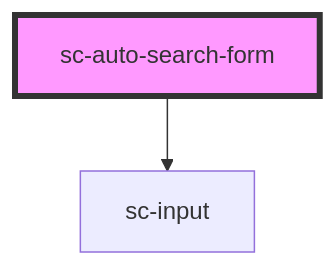
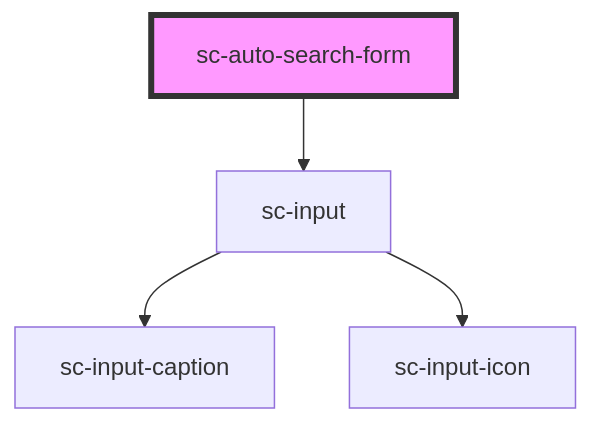
The diagram in packages/searchcraft-web-components/src/components/sc-auto-search-form/readme.md (searchcraft-inc/searchcraft-javascript-sdks), drawn with Mermaid before and after one commit. The commit also changed 18 other files, not shown here.

````diff
--- a/packages/searchcraft-web-components/src/components/sc-auto-search-form/readme.md
+++ b/packages/searchcraft-web-components/src/components/sc-auto-search-form/readme.md
@@ -35,5 +35,7 @@
 ```mermaid
 graph TD;
   sc-auto-search-form --> sc-input
+  sc-input --> sc-input-caption
+  sc-input --> sc-input-icon
   style sc-auto-search-form fill:#f9f,stroke:#333,stroke-width:4px
 ```
````
